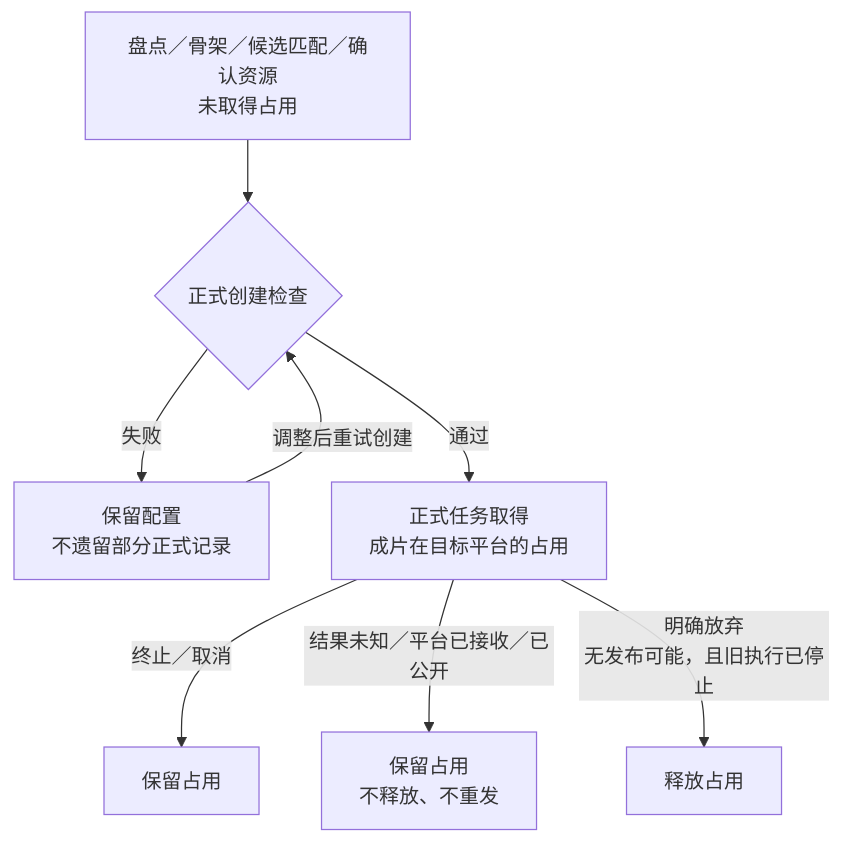
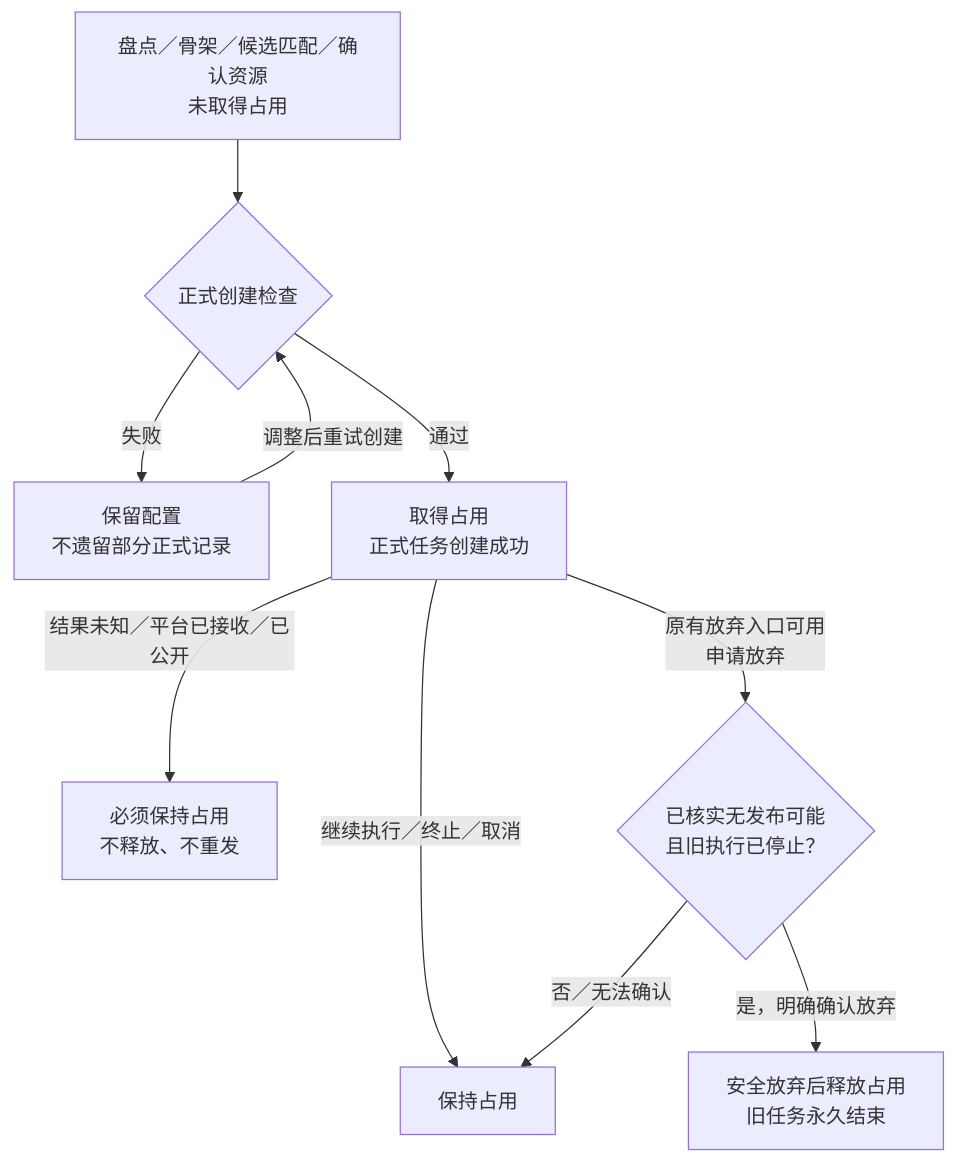
The first of 2 diagrams in docs/design/发布管理 PRD 可读性优化与重构方案.md (piqiu96/wt-media-workspace), drawn with Mermaid before and after one commit. The commit also changed other lines of this file and 1 other file, not shown here.

````diff
--- a/docs/design/发布管理 PRD 可读性优化与重构方案.md
+++ b/docs/design/发布管理 PRD 可读性优化与重构方案.md
@@ -43,10 +43,12 @@
 ```mermaid
 flowchart TD
     P["盘点／骨架／候选匹配／确认资源<br/>未取得占用"] --> C{"正式创建检查"}
     C -->|"失败"| F["保留配置<br/>不遗留部分正式记录"]
     F -->|"调整后重试创建"| C
-    C -->|"通过"| O["正式任务取得<br/>成片在目标平台的占用"]
-    O -->|"终止／取消"| K["保留占用"]
-    O -->|"结果未知／平台已接收／已公开"| H["保留占用<br/>不释放、不重发"]
-    O -->|"明确放弃<br/>无发布可能，且旧执行已停止"| R["释放占用"]
+    C -->|"通过"| O["取得占用<br/>正式任务创建成功"]
+    O -->|"继续执行／终止／取消"| K["保持占用"]
+    O -->|"结果未知／平台已接收／已公开"| H["必须保持占用<br/>不释放、不重发"]
+    O -->|"原有放弃入口可用<br/>申请放弃"| G{"已核实无发布可能<br/>且旧执行已停止？"}
+    G -->|"否／无法确认"| K
+    G -->|"是，明确确认放弃"| R["安全放弃后释放占用<br/>旧任务永久结束"]
 ```
````
